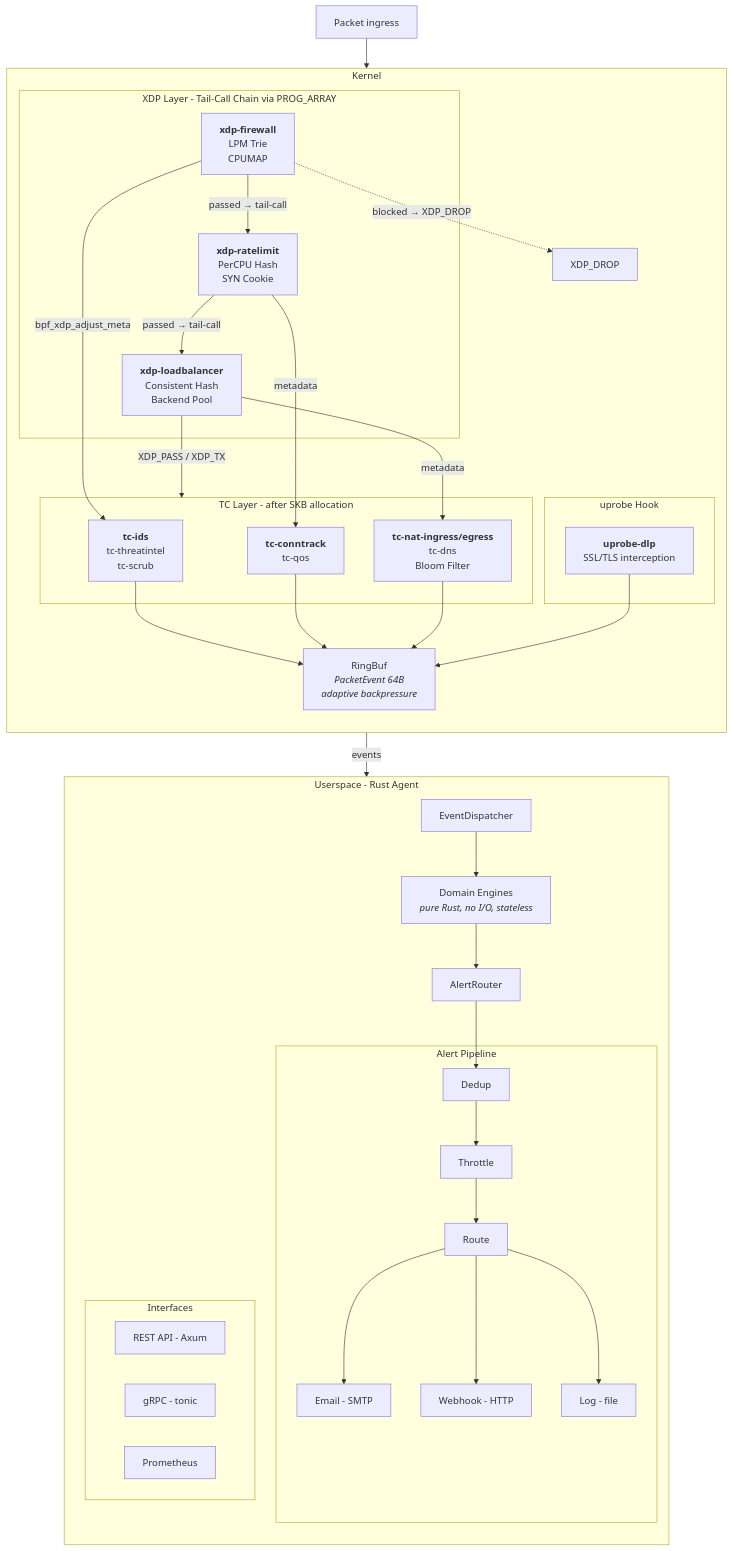
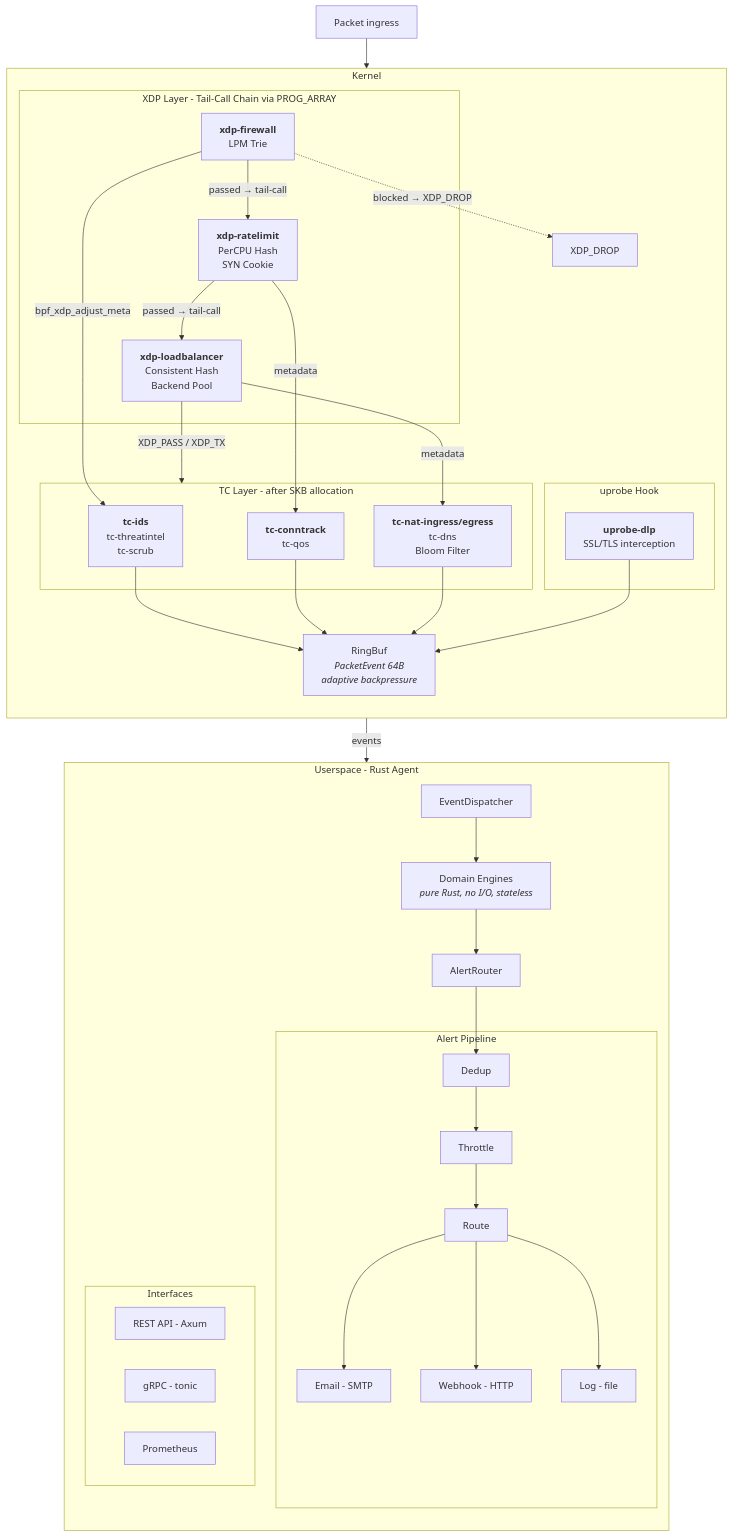
The diagram in docs/getting-started/concepts.md (ebpfsentinel/ebpfsentinel-docs), drawn with Mermaid before and after one commit. The commit also changed 10 other files, not shown here.

Commit message:
docs(kernel): align maps and limits with the declarations, and drop the CPUMAP steering the firewall no longer does

````diff
--- a/docs/getting-started/concepts.md
+++ b/docs/getting-started/concepts.md
@@ -10,67 +10,67 @@
 ```mermaid
 graph TD
     subgraph Kernel["Kernel"]
         direction TB
 
         subgraph XDP["XDP Layer - Tail-Call Chain via PROG_ARRAY"]
-            XDP_FW["<b>xdp-firewall</b><br/>LPM Trie<br/>CPUMAP"]
+            XDP_FW["<b>xdp-firewall</b><br/>LPM Trie"]
             XDP_RL["<b>xdp-ratelimit</b><br/>PerCPU Hash<br/>SYN Cookie"]
             XDP_LB["<b>xdp-loadbalancer</b><br/>Consistent Hash<br/>Backend Pool"]
         end
 
         XDP_FW -- "passed → tail-call" --> XDP_RL
         XDP_RL -- "passed → tail-call" --> XDP_LB
         XDP_FW -. "blocked → XDP_DROP" .-> DROP["XDP_DROP"]
         XDP_LB -- "XDP_PASS / XDP_TX" --> TC_layer
 
         subgraph UPROBE["uprobe Hook"]
             DLP["<b>uprobe-dlp</b><br/>SSL/TLS interception"]
         end
 
         subgraph TC_layer["TC Layer - after SKB allocation"]
             TC_IDS["<b>tc-ids</b><br/>tc-threatintel<br/>tc-scrub"]
             TC_CT["<b>tc-conntrack</b><br/>tc-qos"]
             TC_NAT["<b>tc-nat-ingress/egress</b><br/>tc-dns<br/>Bloom Filter"]
         end
 
         XDP_FW -- "bpf_xdp_adjust_meta" --> TC_IDS
         XDP_RL -- "metadata" --> TC_CT
         XDP_LB -- "metadata" --> TC_NAT
 
         RB["RingBuf<br/><i>PacketEvent 64B</i><br/><i>adaptive backpressure</i>"]
 
         TC_IDS --> RB
         TC_CT --> RB
         TC_NAT --> RB
         DLP --> RB
     end
 
     subgraph Userspace["Userspace - Rust Agent"]
         direction TB
 
         ED["EventDispatcher"]
         DE["Domain Engines<br/><i>pure Rust, no I/O, stateless</i>"]
         AR["AlertRouter"]
 
         ED --> DE --> AR
 
         subgraph AlertPipeline["Alert Pipeline"]
             DEDUP["Dedup"] --> THROTTLE["Throttle"] --> ROUTE["Route"]
             ROUTE --> EMAIL["Email - SMTP"]
             ROUTE --> WEBHOOK["Webhook - HTTP"]
             ROUTE --> LOG["Log - file"]
         end
 
         AR --> DEDUP
 
         subgraph APIs["Interfaces"]
             REST["REST API - Axum"]
             GRPC["gRPC - tonic"]
             PROM["Prometheus"]
         end
     end
 
     RB -- "events" --> ED
 
     PKT["Packet ingress"] --> XDP_FW
 ```
````
